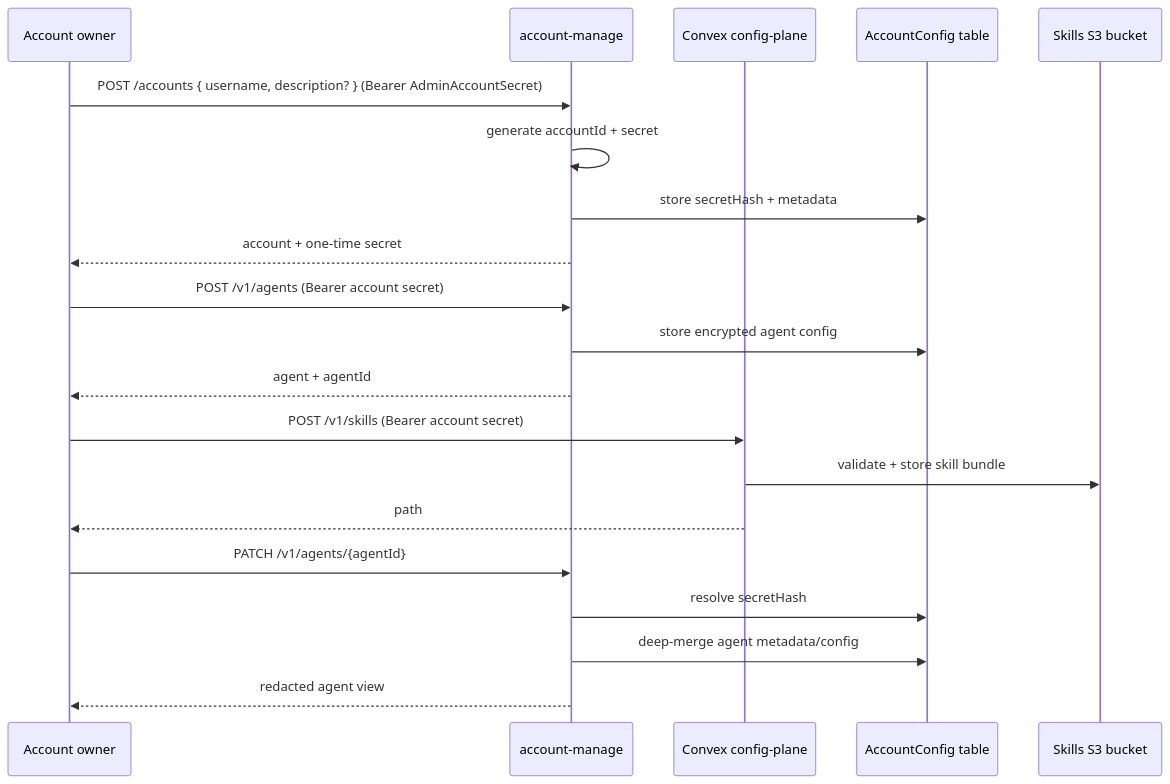
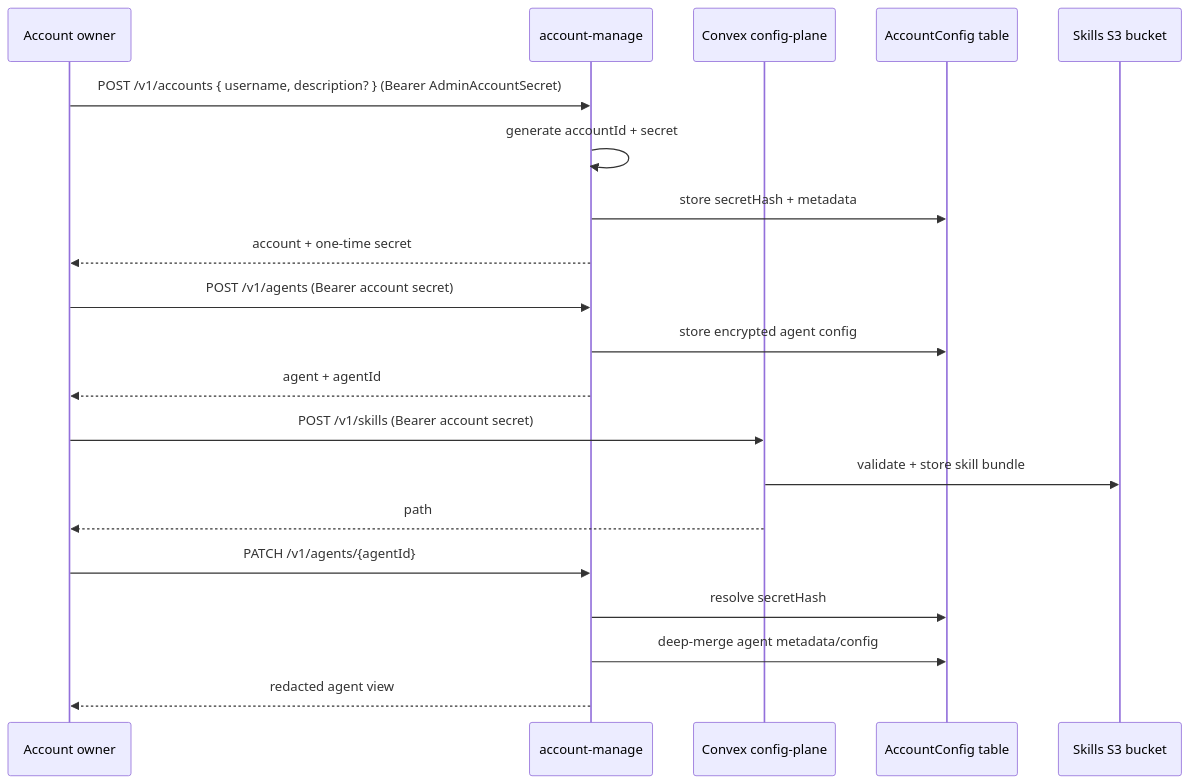
Before and after one commit to beeblastco/broods: the fifth of 12 diagrams in apps/docs/docs/architecture.md, drawn with Mermaid. The commit also changed other lines of this file and 78 other files, not shown here.

````diff
--- a/apps/docs/docs/architecture.md
+++ b/apps/docs/docs/architecture.md
@@ -126,26 +126,26 @@
 ```mermaid
 sequenceDiagram
   participant U as Account owner
   participant M as account-manage
   participant C as Convex config-plane
   participant A as AccountConfig table
   participant S as Skills S3 bucket
 
-  U->>M: POST /accounts { username, description? } (Bearer AdminAccountSecret)
+  U->>M: POST /v1/accounts { username, description? } (Bearer AdminAccountSecret)
   M->>M: generate accountId + secret
   M->>A: store secretHash + metadata
   M-->>U: account + one-time secret
 
   U->>M: POST /v1/agents (Bearer account secret)
   M->>A: store encrypted agent config
   M-->>U: agent + agentId
 
   U->>C: POST /v1/skills (Bearer account secret)
   C->>S: validate + store skill bundle
   C-->>U: path
 
   U->>M: PATCH /v1/agents/{agentId}
   M->>A: resolve secretHash
   M->>A: deep-merge agent metadata/config
   M-->>U: redacted agent view
 ```
````
